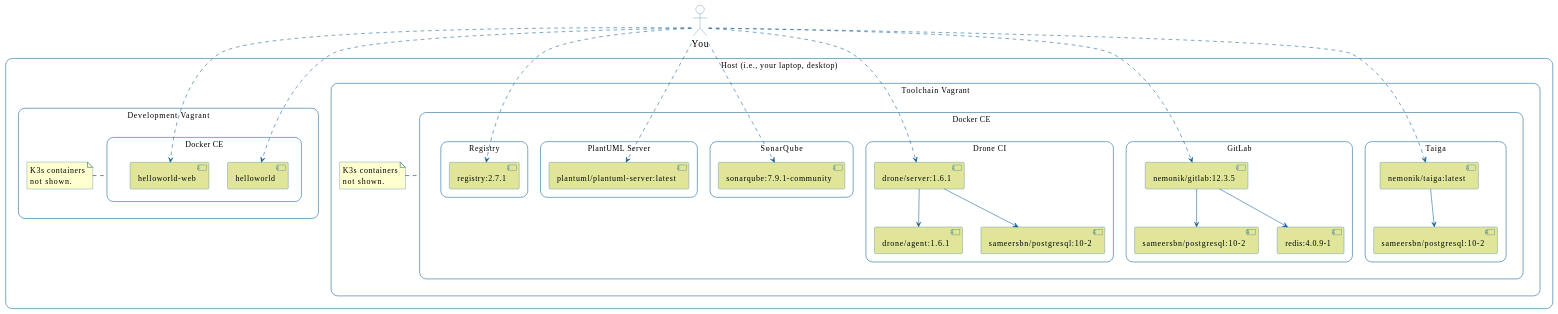
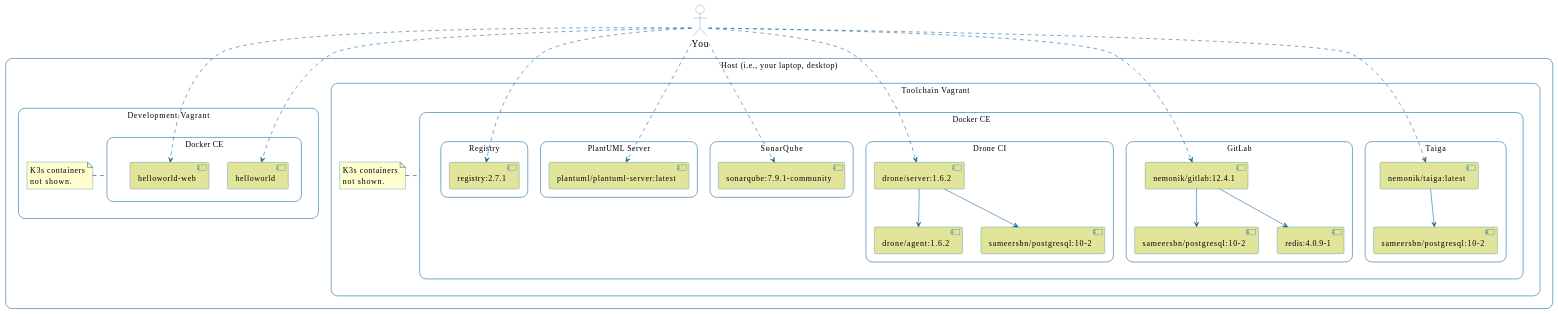
Before and after one commit to nemonik/hands-on-DevOps: the first of 32 diagrams in readme.md, drawn with PlantUML. The commit also changed other lines of this file and 5 other files, not shown here.

```diff
--- a/readme.md
+++ b/readme.md
@@ -458,14 +632,14 @@
 			}
 
 			rectangle "GitLab" {
-				component "nemonik/gitlab:12.3.5" as gitlab
+				component "nemonik/gitlab:12.4.1" as gitlab
 			        component "sameersbn/postgresql:10-2" as gitlab_postgresql
         			component "redis:4.0.9-1" as gitlab_redis
 			}
 
 			rectangle "Drone CI" {
-		        	component "drone/server:1.6.1" as drone_server
-    			   	component "drone/agent:1.6.1" as drone_agent
+		        	component "drone/server:1.6.2" as drone_server
+    			   	component "drone/agent:1.6.2" as drone_agent
         			component "sameersbn/postgresql:10-2" as drone_postgresql
 			}
 
```
